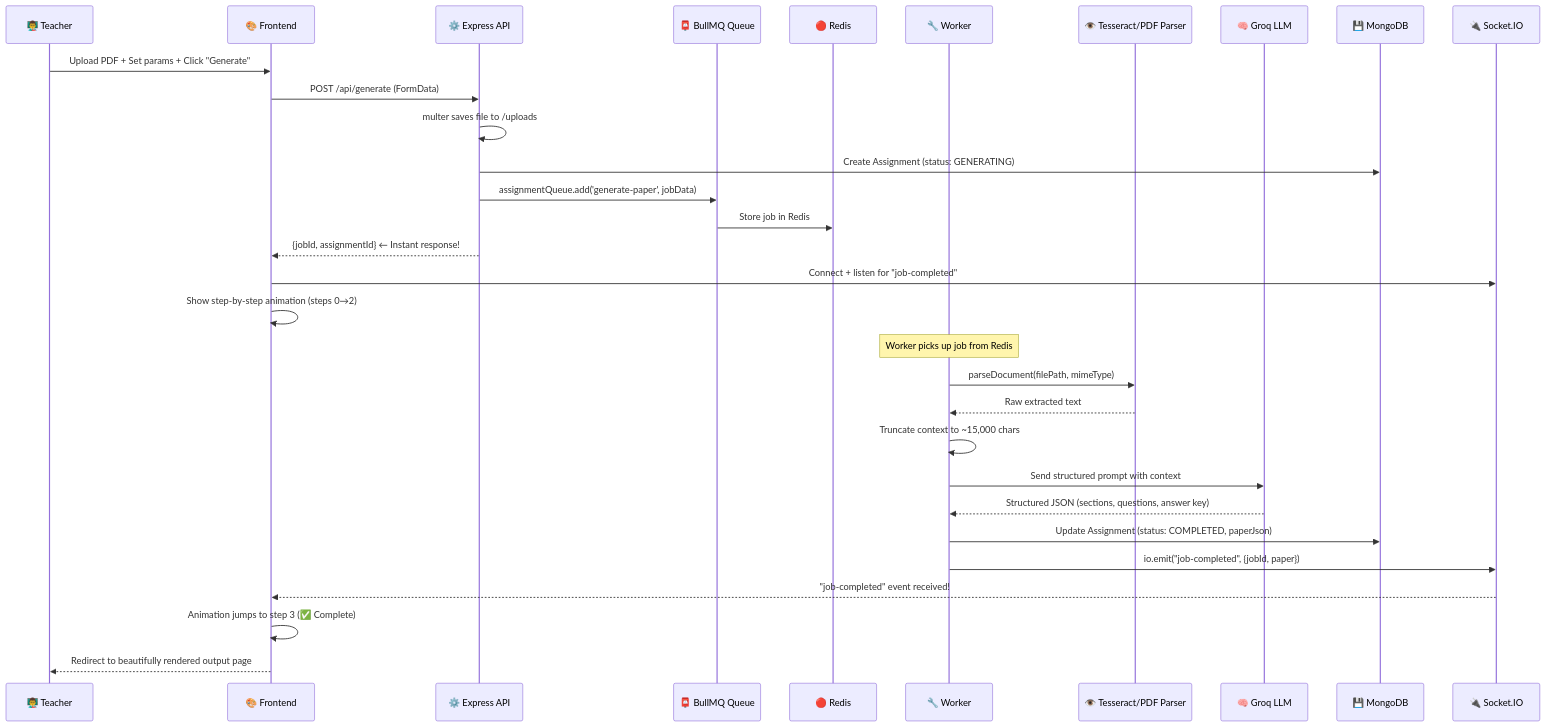
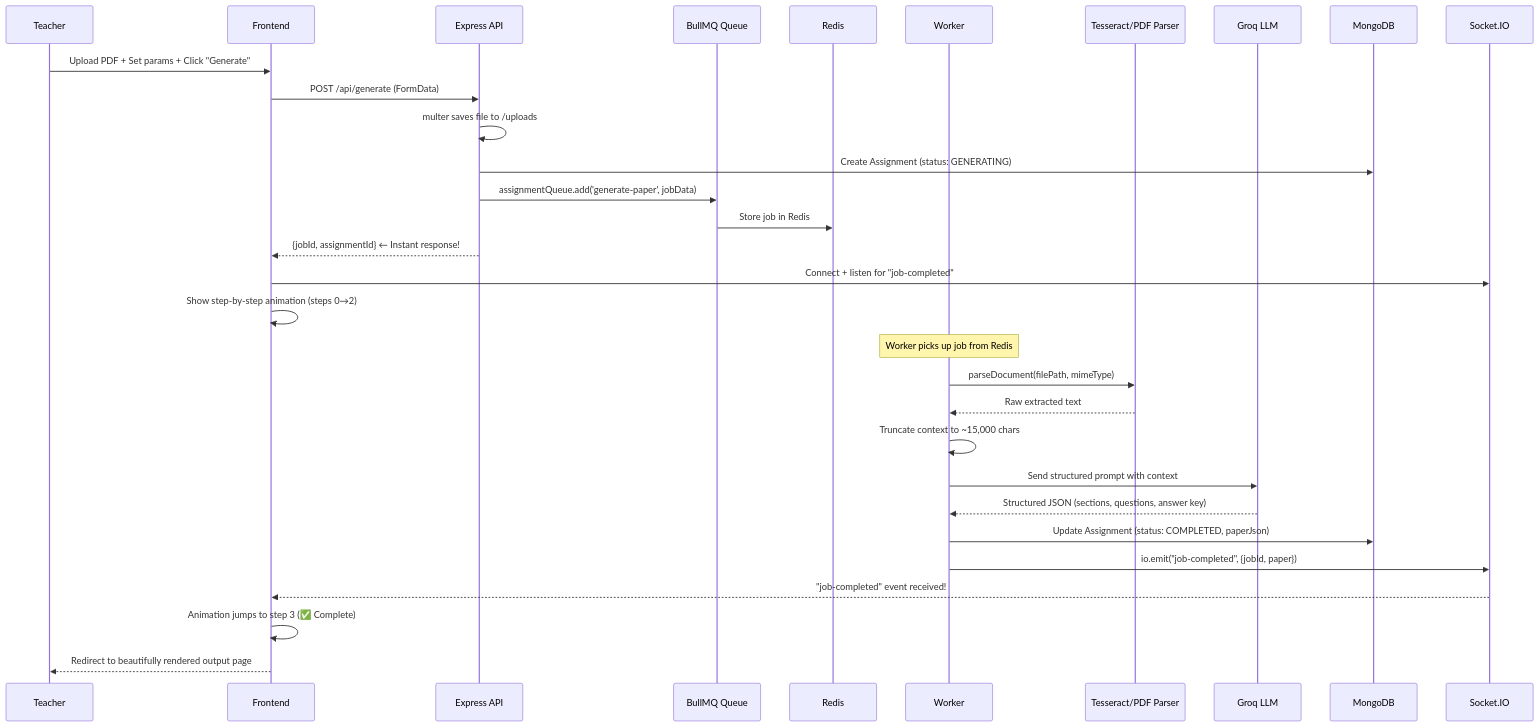
Before and after one commit to swagatobauri/VedaAI: the third of 5 diagrams in README.md, drawn with Mermaid. The commit also changed other lines of this file, not shown here.

````diff
--- a/README.md
+++ b/README.md
@@ -215,36 +215,36 @@
 ```mermaid
 sequenceDiagram
-    participant T as 👨‍🏫 Teacher
-    participant FE as 🎨 Frontend
-    participant API as ⚙️ Express API
-    participant Q as 📮 BullMQ Queue
-    participant R as 🔴 Redis
-    participant W as 🔧 Worker
-    participant OCR as 👁️ Tesseract/PDF Parser
-    participant AI as 🧠 Groq LLM
-    participant DB as 💾 MongoDB
-    participant WS as 🔌 Socket.IO
+    participant T as  Teacher
+    participant FE as  Frontend
+    participant API as  Express API
+    participant Q as  BullMQ Queue
+    participant R as  Redis
+    participant W as  Worker
+    participant OCR as  Tesseract/PDF Parser
+    participant AI as  Groq LLM
+    participant DB as  MongoDB
+    participant WS as  Socket.IO
 
     T->>FE: Upload PDF + Set params + Click "Generate"
     FE->>API: POST /api/generate (FormData)
     API->>API: multer saves file to /uploads
     API->>DB: Create Assignment (status: GENERATING)
     API->>Q: assignmentQueue.add('generate-paper', jobData)
     Q->>R: Store job in Redis
     API-->>FE: {jobId, assignmentId} ← Instant response!
     FE->>WS: Connect + listen for "job-completed"
     FE->>FE: Show step-by-step animation (steps 0→2)
 
     Note over W: Worker picks up job from Redis
     W->>OCR: parseDocument(filePath, mimeType)
     OCR-->>W: Raw extracted text
     W->>W: Truncate context to ~15,000 chars
     W->>AI: Send structured prompt with context
     AI-->>W: Structured JSON (sections, questions, answer key)
     W->>DB: Update Assignment (status: COMPLETED, paperJson)
     W->>WS: io.emit("job-completed", {jobId, paper})
 
     WS-->>FE: "job-completed" event received!
     FE->>FE: Animation jumps to step 3 (✅ Complete)
     FE-->>T: Redirect to beautifully rendered output page
 ```
````
